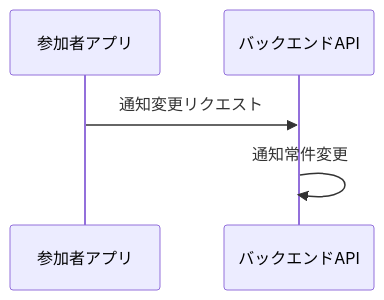
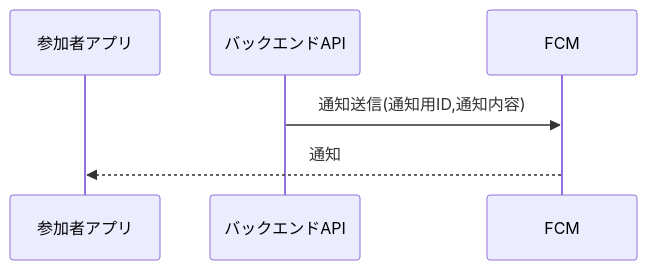
One commit to after-school-garbage-squad/repaint-architecture changed the eighth of 9 diagrams in docs/sequence/mobile.md. Above: the diagram before and after it, drawn with Mermaid. The commit also changed other lines of this file and 3 other files, not shown here.

Commit message:
feat(sequence): update mobile for spec

````diff
--- a/docs/sequence/mobile.md
+++ b/docs/sequence/mobile.md
@@ -118,7 +137,8 @@
 ```mermaid
 sequenceDiagram
     participant app as 参加者アプリ
     participant back as バックエンドAPI
-    app ->> back: 通知変更リクエスト
-    back ->> back: 通知常件変更
+    participant fcm as FCM
+    back ->> fcm: 通知送信(通知用ID,通知内容)
+    fcm -->> app: 通知
 ```
````
